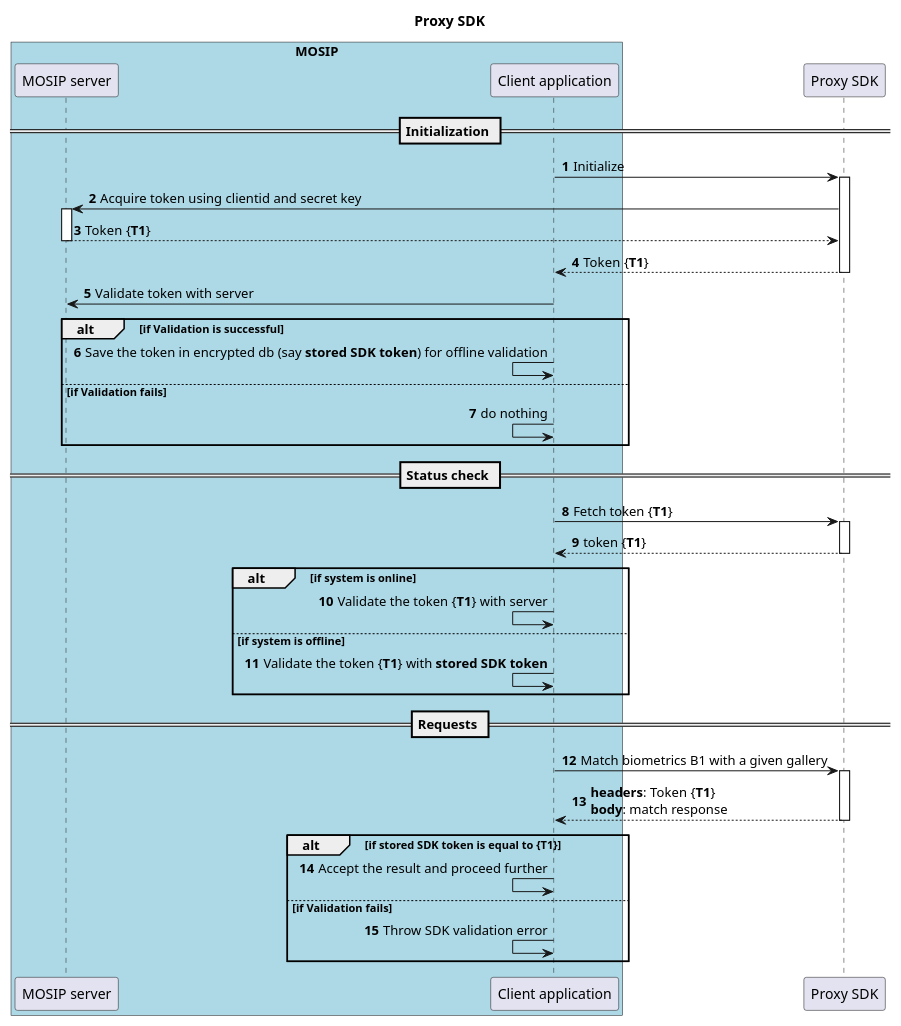
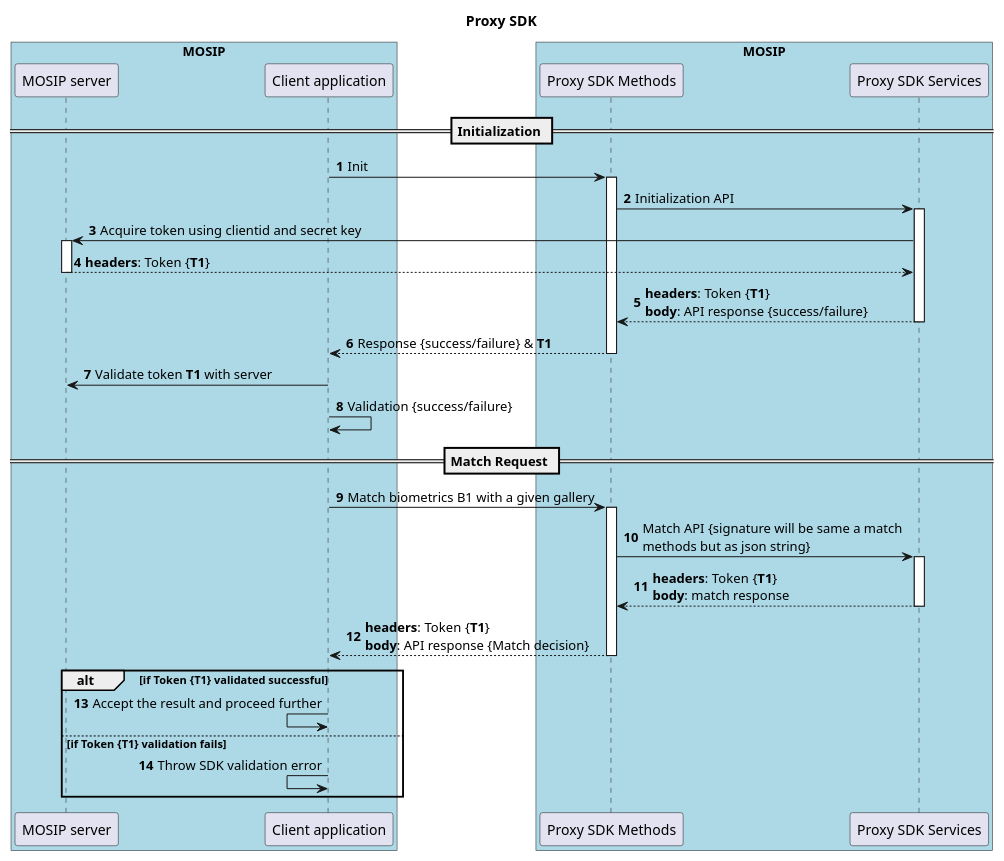
The diagram in docs/mockSDK/design.puml (ankitvaishnav/mosip-mock-services), drawn with PlantUML before and after one commit. The commit also changed 1 other file, not shown here.

```diff
--- a/docs/mockSDK/design.puml
+++ b/docs/mockSDK/design.puml
@@ -1,48 +1,54 @@
 @startuml
 title Proxy SDK
 autonumber
 
 box "MOSIP" #LightBlue
 participant "MOSIP server" as MS
 participant "Client application" as CA
 end box
 
-participant "Proxy SDK" as SDK
+box "MOSIP" #LightBlue
+participant "Proxy SDK Methods" as SDK
+participant "Proxy SDK Services" as SDKS
+end box
 
 == Initialization ==
-CA -> SDK: Initialize
+CA -> SDK: Init
 activate SDK
-SDK -> MS: Acquire token using clientid and secret key
+
+SDK -> SDKS: Initialization API
+activate SDKS
+
+SDKS -> MS: Acquire token using clientid and secret key
 activate MS
-return Token {**T1**}
-return Token {**T1**}
+return **headers**: Token {**T1**}
 
-CA -> MS: Validate token with server
-alt if Validation is successful
-CA <- CA: Save the token in encrypted db (say **stored SDK token**) for offline validation
-else if Validation fails
-CA <- CA: do nothing
-end
+return **headers**: Token {**T1**}\n**body**: API response {success/failure}
 
-== Status check ==
-CA -> SDK: Fetch token {**T1**}
-activate SDK
-return token {**T1**}
-alt if system is online
-CA <- CA: Validate the token {**T1**} with server
-else if system is offline
-CA <- CA: Validate the token {**T1**} with **stored SDK token**
-end
+return Response {success/failure} & **T1**
 
-== Requests ==
+CA -> MS: Validate token **T1** with server
+CA -> CA: Validation {success/failure}
+'alt if Validation is successful
+'CA <- CA: Save the token in encrypted db (say **stored SDK token**) for offline validation
+'else if Validation fails
+'CA <- CA: do nothing
+'end
+
+== Match Request ==
 CA -> SDK: Match biometrics B1 with a given gallery
 activate SDK
+
+SDK -> SDKS: Match API {signature will be same a match\nmethods but as json string}
+activate SDKS
 return **headers**: Token {**T1**}\n**body**: match response
 
-alt if stored SDK token is equal to {**T1**}
+return **headers**: Token {**T1**}\n**body**: API response {Match decision}
+
+alt if Token {**T1**} validated successful
 CA <- CA: Accept the result and proceed further
-else if Validation fails
+else if Token {**T1**} validation fails
 CA <- CA: Throw SDK validation error
 end
 
 @enduml
```
